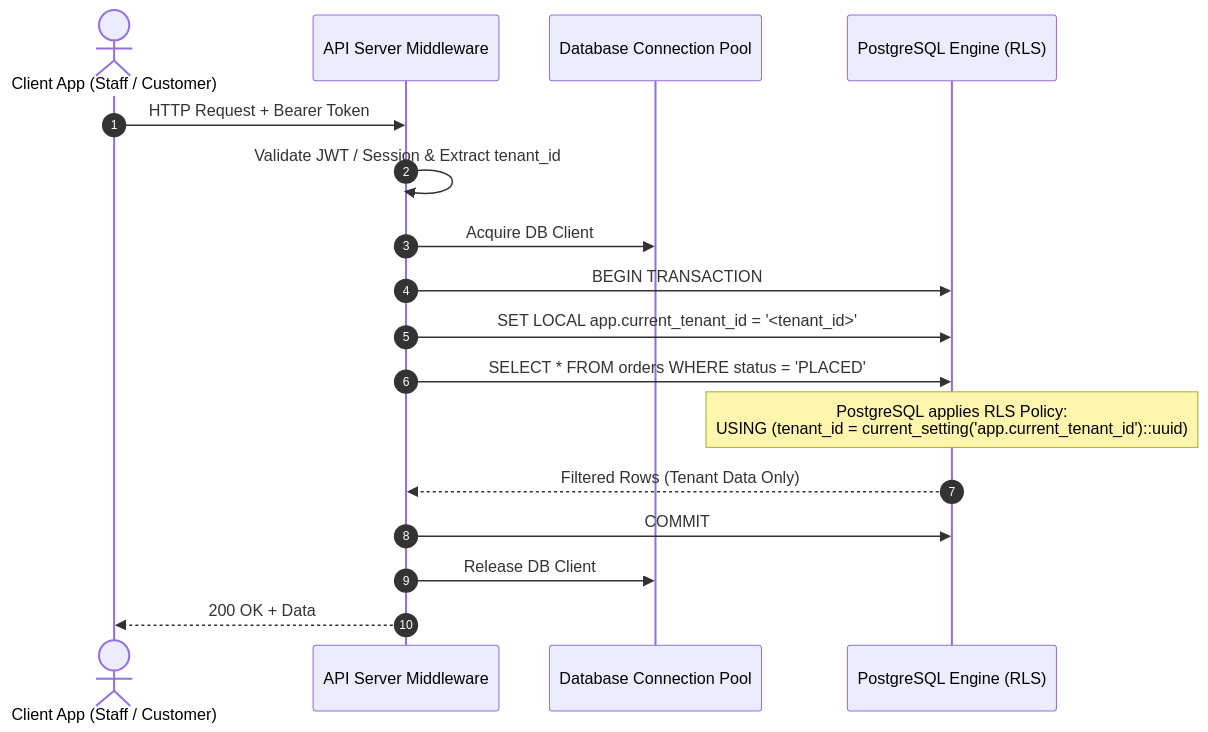
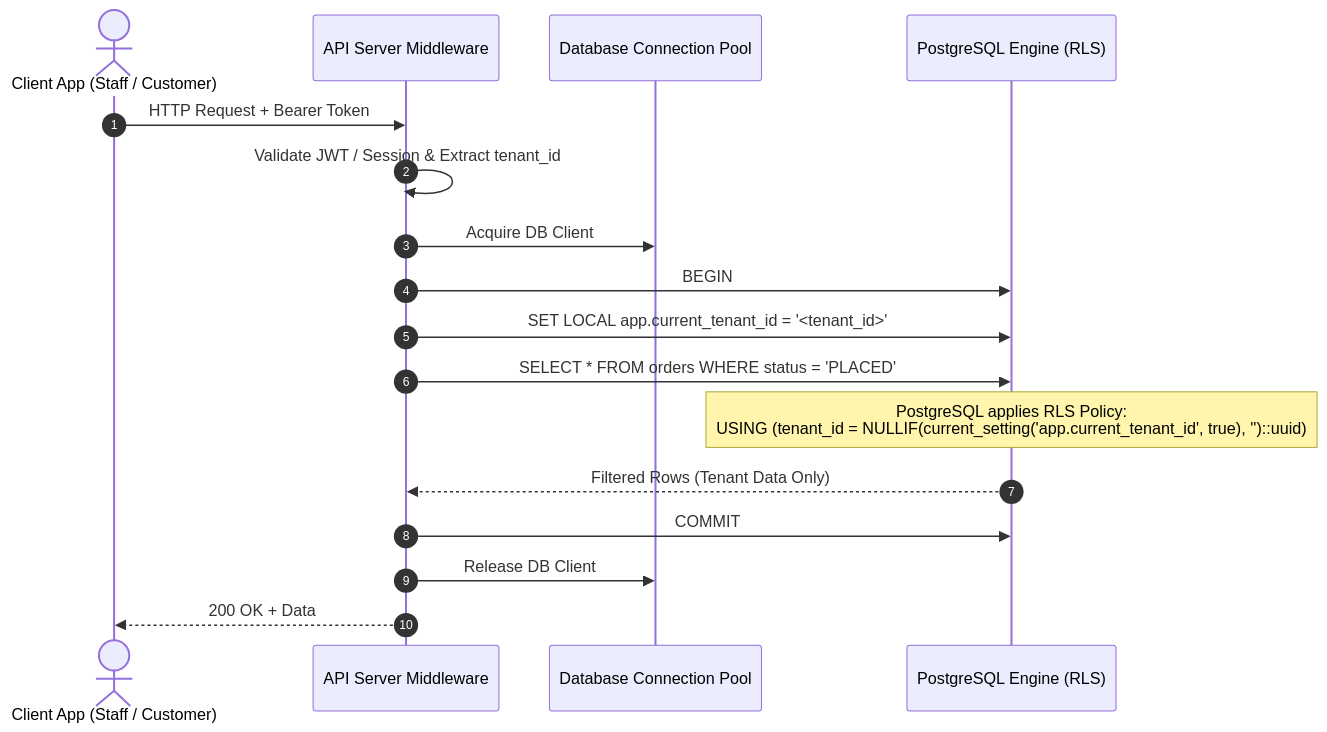
One commit to sypdersupport1-ui/ASSO-SuperApp changed the diagram in docs/04-DATABASE/RLS-ARCHITECTURE.md. Above: the diagram before and after it, drawn with Mermaid. The commit also changed other lines of this file and 9 other files, not shown here.

Commit message:
docs(phase3): correct architecture and consistency issues

````diff
--- a/docs/04-DATABASE/RLS-ARCHITECTURE.md
+++ b/docs/04-DATABASE/RLS-ARCHITECTURE.md
@@ -38,20 +58,20 @@
 ```mermaid
 sequenceDiagram
     autonumber
     actor Client as Client App (Staff / Customer)
     participant API as API Server Middleware
     participant Pool as Database Connection Pool
     participant PG as PostgreSQL Engine (RLS)
 
     Client->>API: HTTP Request + Bearer Token
     API->>API: Validate JWT / Session & Extract tenant_id
     API->>Pool: Acquire DB Client
-    API->>PG: BEGIN TRANSACTION;
+    API->>PG: BEGIN;
     API->>PG: SET LOCAL app.current_tenant_id = '<tenant_id>';
     API->>PG: SELECT * FROM orders WHERE status = 'PLACED';
-    Note over PG: PostgreSQL applies RLS Policy:<br/>USING (tenant_id = current_setting('app.current_tenant_id')::uuid)
+    Note over PG: PostgreSQL applies RLS Policy:<br/>USING (tenant_id = NULLIF(current_setting('app.current_tenant_id', true), '')::uuid)
     PG-->>API: Filtered Rows (Tenant Data Only)
     API->>PG: COMMIT;
     API->>Pool: Release DB Client
     API-->>Client: 200 OK + Data
 ```
````
